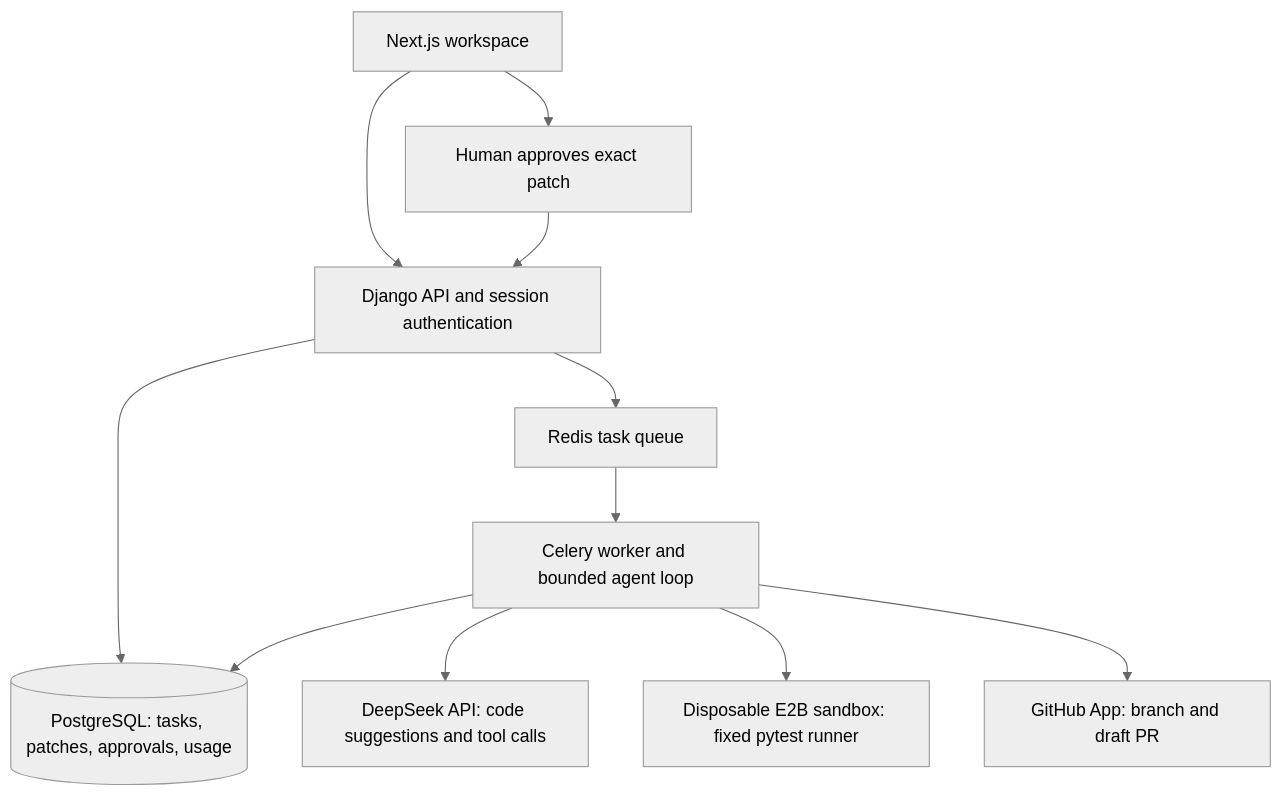
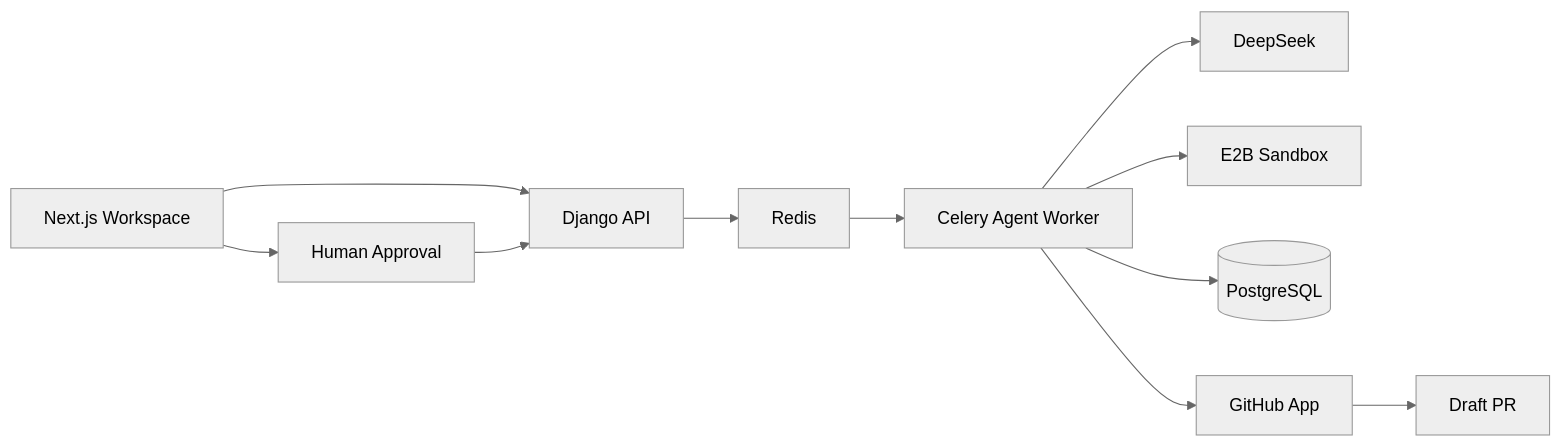
One commit to thanos07/repopilot changed the diagram in README.md. Above: the diagram before and after it, drawn with Mermaid (neutral theme). The commit also changed other lines of this file, not shown here.

````diff
--- a/README.md
+++ b/README.md
@@ -24,13 +32,16 @@
 ```mermaid
-flowchart TD
-    UI["Next.js workspace"] --> API["Django API and session authentication"]
-    API --> DB[("PostgreSQL: tasks, patches, approvals, usage")]
-    API --> Q["Redis task queue"]
-    Q --> W["Celery worker and bounded agent loop"]
-    W --> DB
-    W --> M["DeepSeek API: code suggestions and tool calls"]
-    W --> S["Disposable E2B sandbox: fixed pytest runner"]
-    UI --> A["Human approves exact patch"]
-    A --> API
-    W --> G["GitHub App: branch and draft PR"]
+flowchart LR
+    U[Next.js Workspace] --> A[Django API]
+    A --> Q[Redis]
+    Q --> W[Celery Agent Worker]
+
+    W --> L[DeepSeek]
+    W --> S[E2B Sandbox]
+    W --> D[(PostgreSQL)]
+
+    U --> H[Human Approval]
+    H --> A
+
+    W --> G[GitHub App]
+    G --> P[Draft PR]
 ```
````
